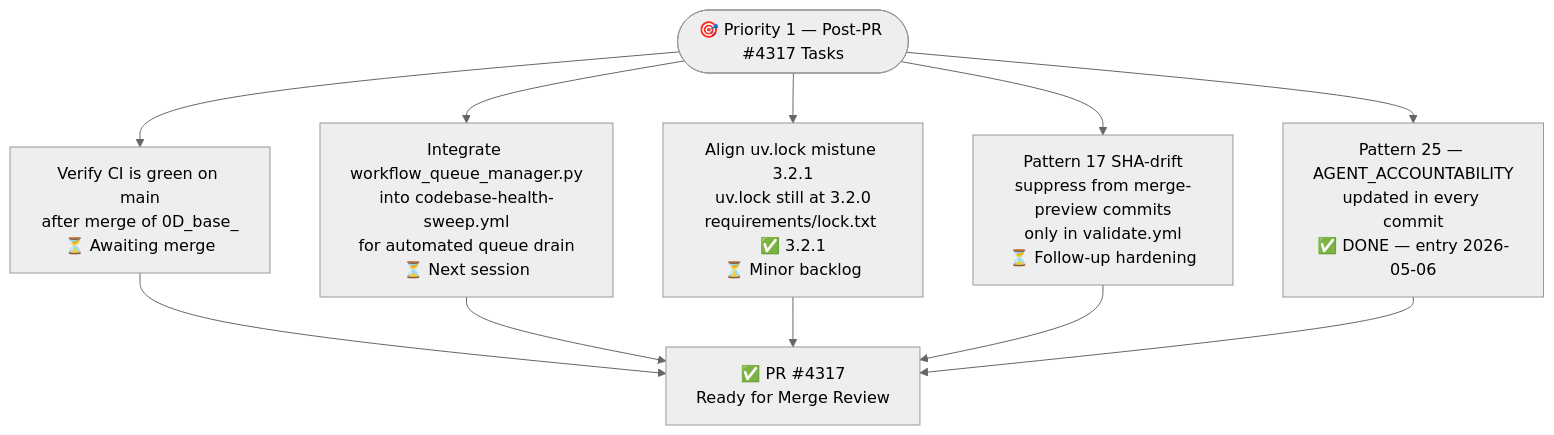
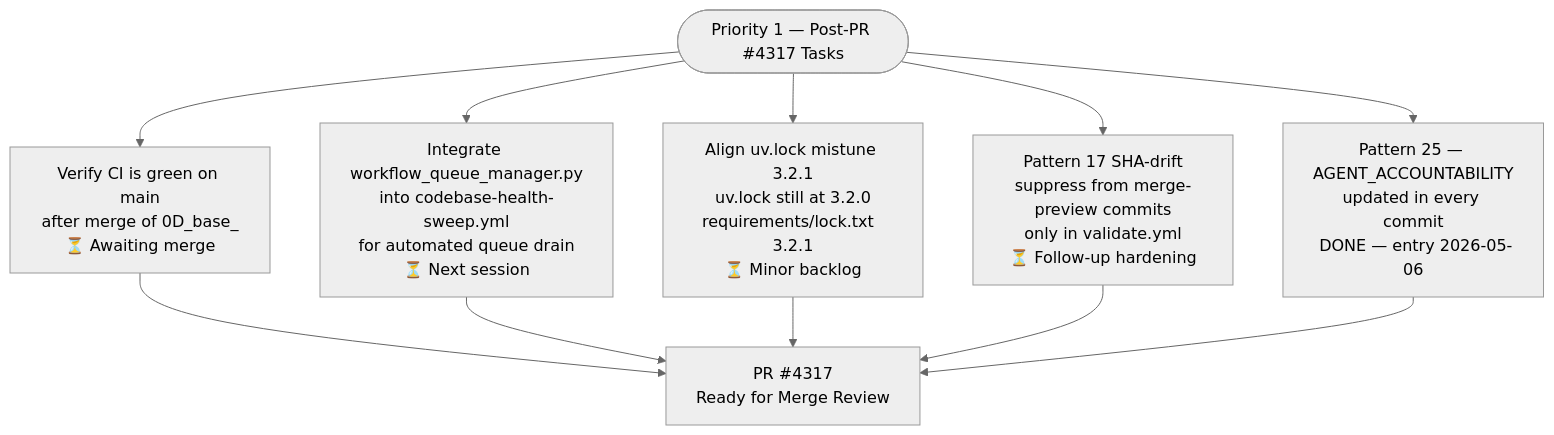
Diagram 12 of 16 in docs/roadmap/PR4317_whats_next.md (Aries-Serpent/_codex_), drawn with Mermaid (neutral theme) before and after one commit. The commit also changed other lines of this file and 2029 other files, not shown here.

````diff
--- a/docs/roadmap/PR4317_whats_next.md
+++ b/docs/roadmap/PR4317_whats_next.md
@@ -632,13 +634,13 @@
 ```mermaid
-%%{init: {'accessibility': {'title': 'Flowchart showing "🎯 Priority 1 — Post-PR #4317 Tasks", "Verify CI is green on main\nafter merge of 0D_base_\n⏳ Awaiting merge"'}}%%
+%%{init: {'accessibility': {'title': 'Flowchart showing " Priority 1 — Post-PR #4317 Tasks", "Verify CI is green on main\nafter merge of 0D_base_\n⏳ Awaiting merge"'}}%%
 flowchart TD
-    P1(["🎯 Priority 1 — Post-PR #4317 Tasks"])
+    P1([" Priority 1 — Post-PR #4317 Tasks"])
 
     P1 --> VERIFY["Verify CI is green on main\nafter merge of 0D_base_\n⏳ Awaiting merge"]
     P1 --> WQM["Integrate workflow_queue_manager.py\ninto codebase-health-sweep.yml\nfor automated queue drain\n⏳ Next session"]
-    P1 --> MISTUNE["Align uv.lock mistune 3.2.1\nuv.lock still at 3.2.0\nrequirements/lock.txt ✅ 3.2.1\n⏳ Minor backlog"]
+    P1 --> MISTUNE["Align uv.lock mistune 3.2.1\nuv.lock still at 3.2.0\nrequirements/lock.txt  3.2.1\n⏳ Minor backlog"]
     P1 --> PAT17["Pattern 17 SHA-drift\nsuppress from merge-preview commits\nonly in validate.yml\n⏳ Follow-up hardening"]
-    P1 --> P25["Pattern 25 — AGENT_ACCOUNTABILITY\nupdated in every commit\n✅ DONE — entry 2026-05-06"]
+    P1 --> P25["Pattern 25 — AGENT_ACCOUNTABILITY\nupdated in every commit\n DONE — entry 2026-05-06"]
 
-    VERIFY & WQM & MISTUNE & PAT17 & P25 --> MERGE_READY["✅ PR #4317\nReady for Merge Review"]
+    VERIFY & WQM & MISTUNE & PAT17 & P25 --> MERGE_READY[" PR #4317\nReady for Merge Review"]
 ```
````
